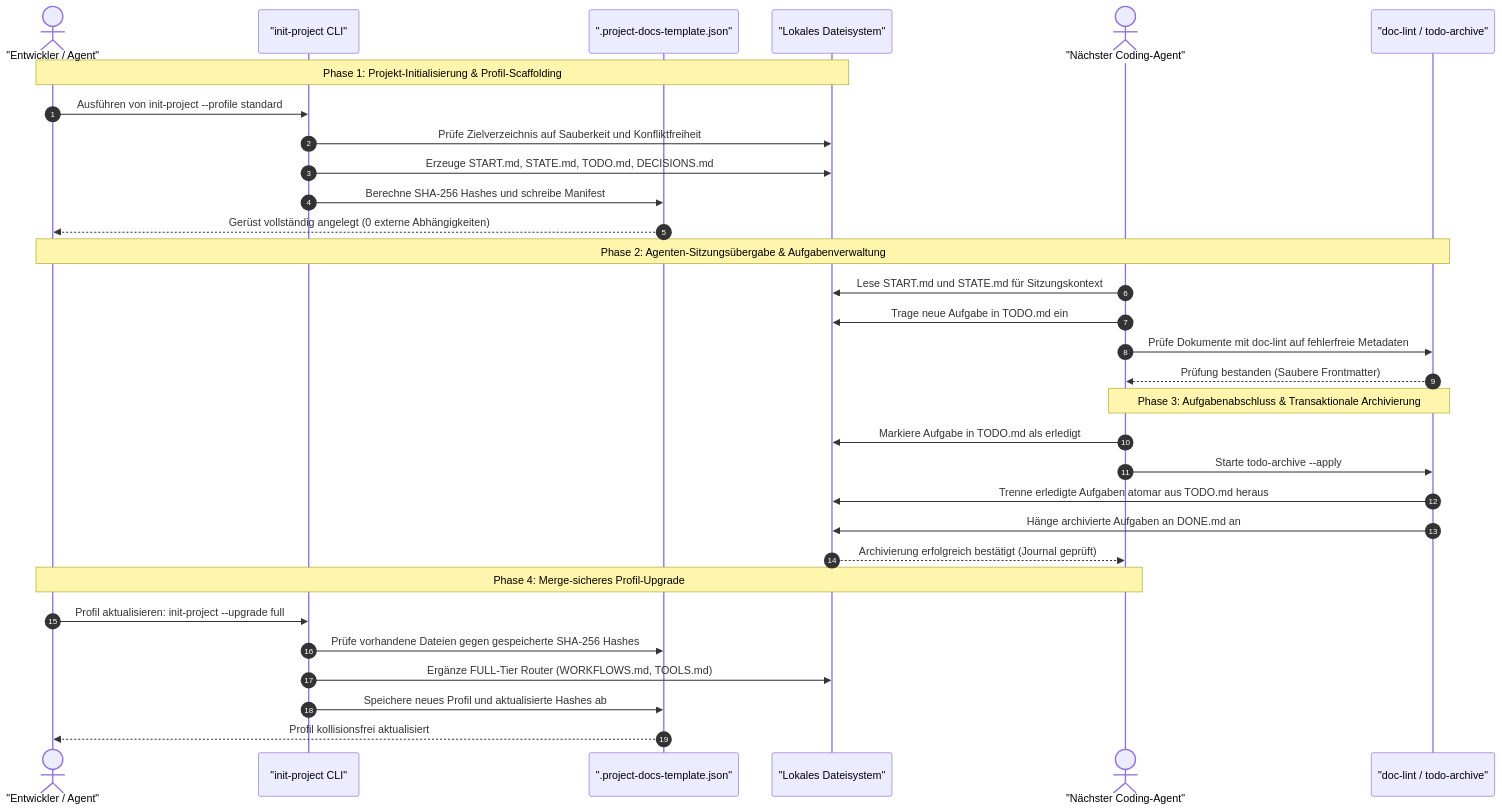
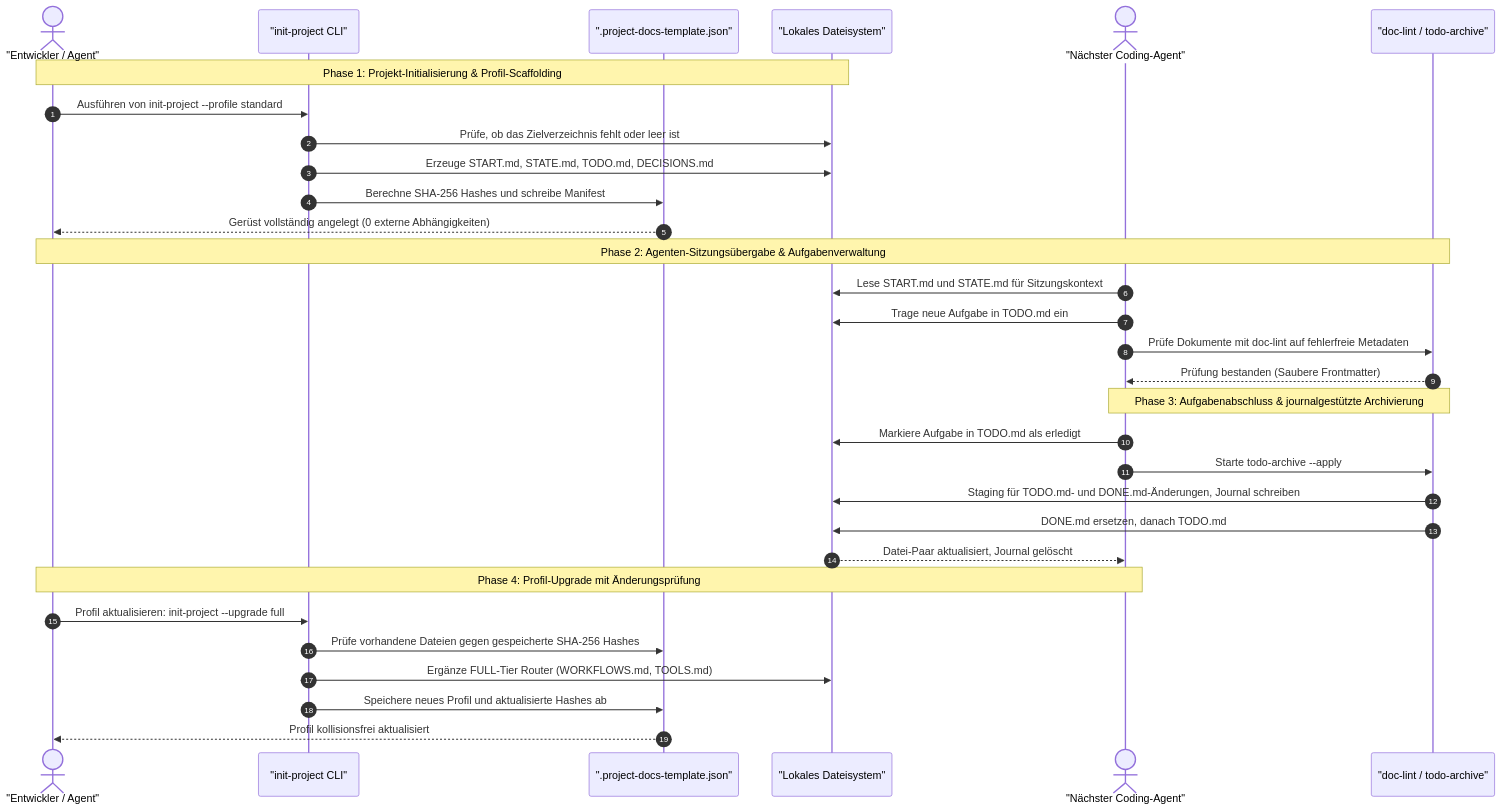
One commit to ellmos-ai/project-docs-template changed the second of 2 diagrams in README_de.md. Above: the diagram before and after it, drawn with Mermaid. The commit also changed other lines of this file and 6 other files, not shown here.

````diff
--- a/README_de.md
+++ b/README_de.md
@@ -153,37 +155,37 @@
 ```mermaid
 sequenceDiagram
     autonumber
     actor Engineer as "Entwickler / Agent"
     participant CLI as "init-project CLI"
     participant Manifest as ".project-docs-template.json"
     participant FS as "Lokales Dateisystem"
     actor NextAgent as "Nächster Coding-Agent"
     participant Linter as "doc-lint / todo-archive"
 
     Note over Engineer,FS: Phase 1: Projekt-Initialisierung & Profil-Scaffolding
     Engineer->>CLI: Ausführen von init-project --profile standard
-    CLI->>FS: Prüfe Zielverzeichnis auf Sauberkeit und Konfliktfreiheit
+    CLI->>FS: Prüfe, ob das Zielverzeichnis fehlt oder leer ist
     CLI->>FS: Erzeuge START.md, STATE.md, TODO.md, DECISIONS.md
     CLI->>Manifest: Berechne SHA-256 Hashes und schreibe Manifest
     Manifest-->>Engineer: Gerüst vollständig angelegt (0 externe Abhängigkeiten)
 
     Note over Engineer,Linter: Phase 2: Agenten-Sitzungsübergabe & Aufgabenverwaltung
     NextAgent->>FS: Lese START.md und STATE.md für Sitzungskontext
     NextAgent->>FS: Trage neue Aufgabe in TODO.md ein
     NextAgent->>Linter: Prüfe Dokumente mit doc-lint auf fehlerfreie Metadaten
     Linter-->>NextAgent: Prüfung bestanden (Saubere Frontmatter)
 
-    Note over NextAgent,Linter: Phase 3: Aufgabenabschluss & Transaktionale Archivierung
+    Note over NextAgent,Linter: Phase 3: Aufgabenabschluss & journalgestützte Archivierung
     NextAgent->>FS: Markiere Aufgabe in TODO.md als erledigt
     NextAgent->>Linter: Starte todo-archive --apply
-    Linter->>FS: Trenne erledigte Aufgaben atomar aus TODO.md heraus
-    Linter->>FS: Hänge archivierte Aufgaben an DONE.md an
-    FS-->>NextAgent: Archivierung erfolgreich bestätigt (Journal geprüft)
+    Linter->>FS: Staging für TODO.md- und DONE.md-Änderungen, Journal schreiben
+    Linter->>FS: DONE.md ersetzen, danach TODO.md
+    FS-->>NextAgent: Datei-Paar aktualisiert, Journal gelöscht
 
-    Note over Engineer,NextAgent: Phase 4: Merge-sicheres Profil-Upgrade
+    Note over Engineer,NextAgent: Phase 4: Profil-Upgrade mit Änderungsprüfung
     Engineer->>CLI: Profil aktualisieren: init-project --upgrade full
     CLI->>Manifest: Prüfe vorhandene Dateien gegen gespeicherte SHA-256 Hashes
     CLI->>FS: Ergänze FULL-Tier Router (WORKFLOWS.md, TOOLS.md)
     CLI->>Manifest: Speichere neues Profil und aktualisierte Hashes ab
     Manifest-->>Engineer: Profil kollisionsfrei aktualisiert
 ```
````
